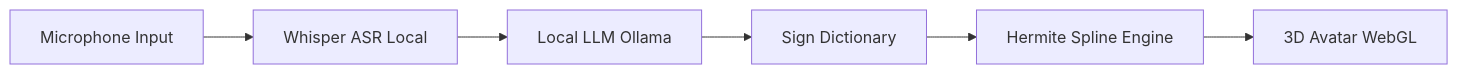
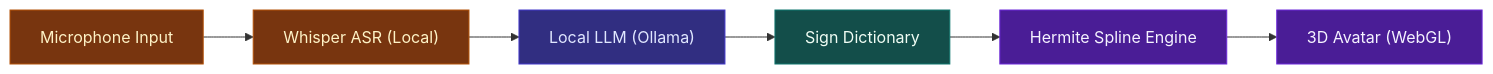
Before and after one commit to soyjuandata/LSC-SignLLM: the second of 3 diagrams in README.md, drawn with Mermaid. The commit also changed other lines of this file and 14 other files, not shown here.

````diff
--- a/README.md
+++ b/README.md
@@ -34,8 +42,15 @@
 ```mermaid
 flowchart LR
-    A[Microphone Input] --> B[Whisper ASR Local]
-    B --> C[Local LLM Ollama]
-    C --> D[Sign Dictionary]
-    D --> E[Hermite Spline Engine]
-    E --> F[3D Avatar WebGL]
+    A["Microphone Input"] --> B["Whisper ASR (Local)"]
+    B --> C["Local LLM (Ollama)"]
+    C --> D["Sign Dictionary"]
+    D --> E["Hermite Spline Engine"]
+    E --> F["3D Avatar (WebGL)"]
+
+    style A fill:#78350f,stroke:#b45309,color:#fef3c7
+    style B fill:#78350f,stroke:#b45309,color:#fef3c7
+    style C fill:#312e81,stroke:#4338ca,color:#e0e7ff
+    style D fill:#134e4a,stroke:#0f766e,color:#f0fdf4
+    style E fill:#4a1d96,stroke:#6d28d9,color:#f5f3ff
+    style F fill:#4a1d96,stroke:#6d28d9,color:#f5f3ff
 ```
````
